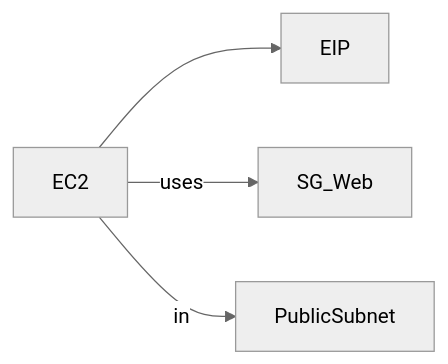
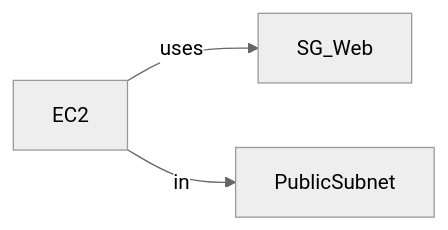
The third of 4 diagrams in infra/terraform/README.md (ProjectLabTeam2/DevPilot), drawn with Mermaid (neutral theme) before and after one commit. The commit also changed other lines of this file, not shown here.

````diff
--- a/infra/terraform/README.md
+++ b/infra/terraform/README.md
@@ -69,6 +69,5 @@
 ```mermaid
 flowchart LR
-    EC2 --> EIP
     EC2 -->|uses| SG_Web
     EC2 -->|in| PublicSubnet
 ```
````
